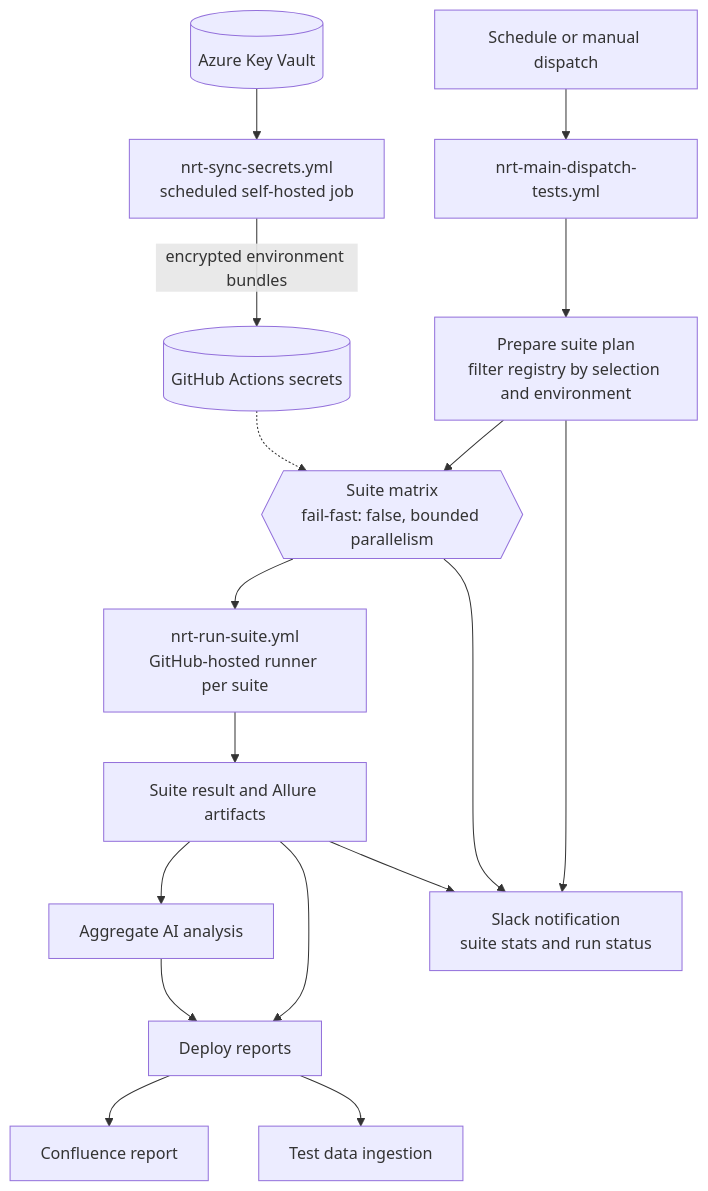
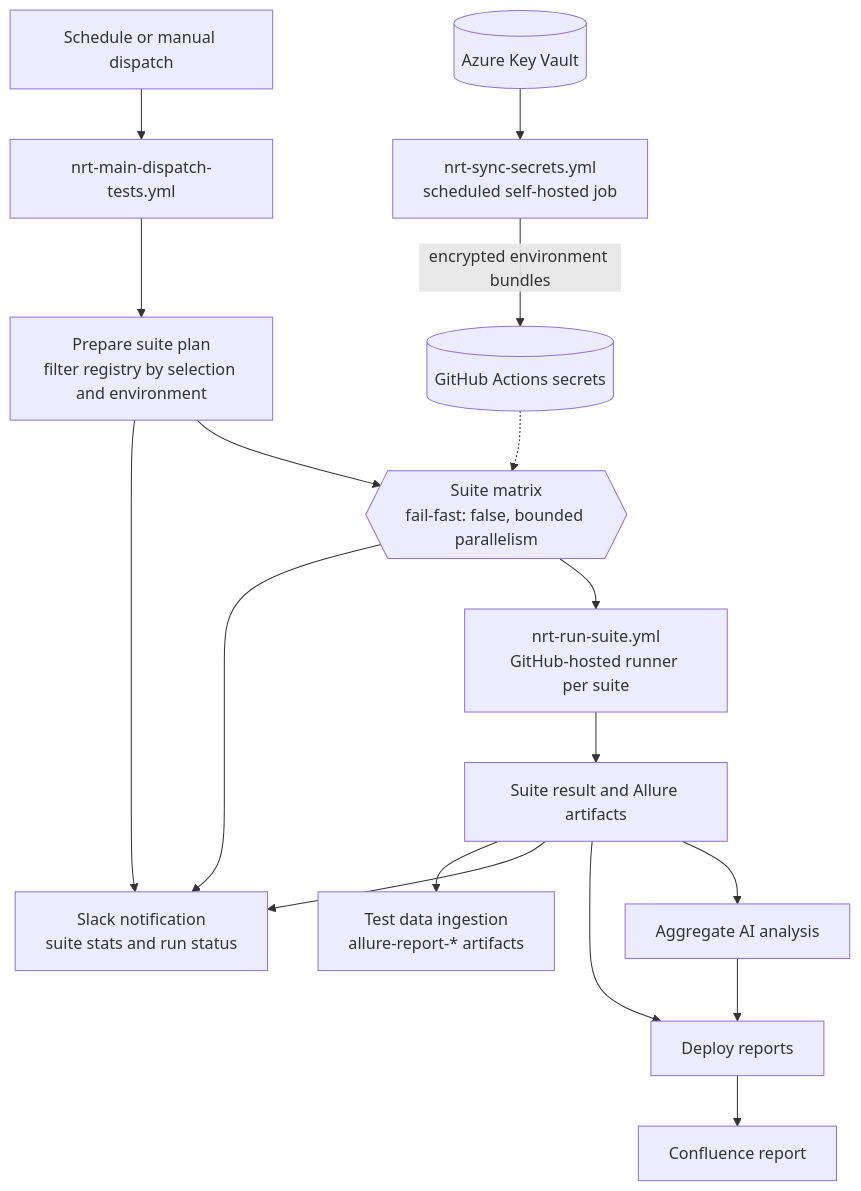
One commit to pagopa/pagopa-platform-integration-test changed the diagram in docs/nrt/nrt-process-architecture.md. Above: the diagram before and after it, drawn with Mermaid. The commit also changed other lines of this file, not shown here.

````diff
--- a/docs/nrt/nrt-process-architecture.md
+++ b/docs/nrt/nrt-process-architecture.md
@@ -22,20 +22,20 @@
 ```mermaid
 flowchart TD
     KV[(Azure Key Vault)] --> SY[nrt-sync-secrets.yml<br/>scheduled self-hosted job]
     SY -->|encrypted environment bundles| GH[(GitHub Actions secrets)]
 
     U[Schedule or manual dispatch] --> MD[nrt-main-dispatch-tests.yml]
     MD --> PREP[Prepare suite plan<br/>filter registry by selection and environment]
     PREP --> MAT{{Suite matrix<br/>fail-fast: false, bounded parallelism}}
     GH -.-> MAT
     MAT --> RUN[nrt-run-suite.yml<br/>GitHub-hosted runner per suite]
     RUN --> RA[Suite result and Allure artifacts]
     RA --> AI[Aggregate AI analysis]
     RA --> DEP[Deploy reports]
     AI --> DEP
     RA --> SL[Slack notification<br/>suite stats and run status]
     PREP --> SL
     MAT --> SL
     DEP --> CON[Confluence report]
-    DEP --> DATA[Test data ingestion]
+    RA --> DATA[Test data ingestion<br/>allure-report-* artifacts]
 ```
````
